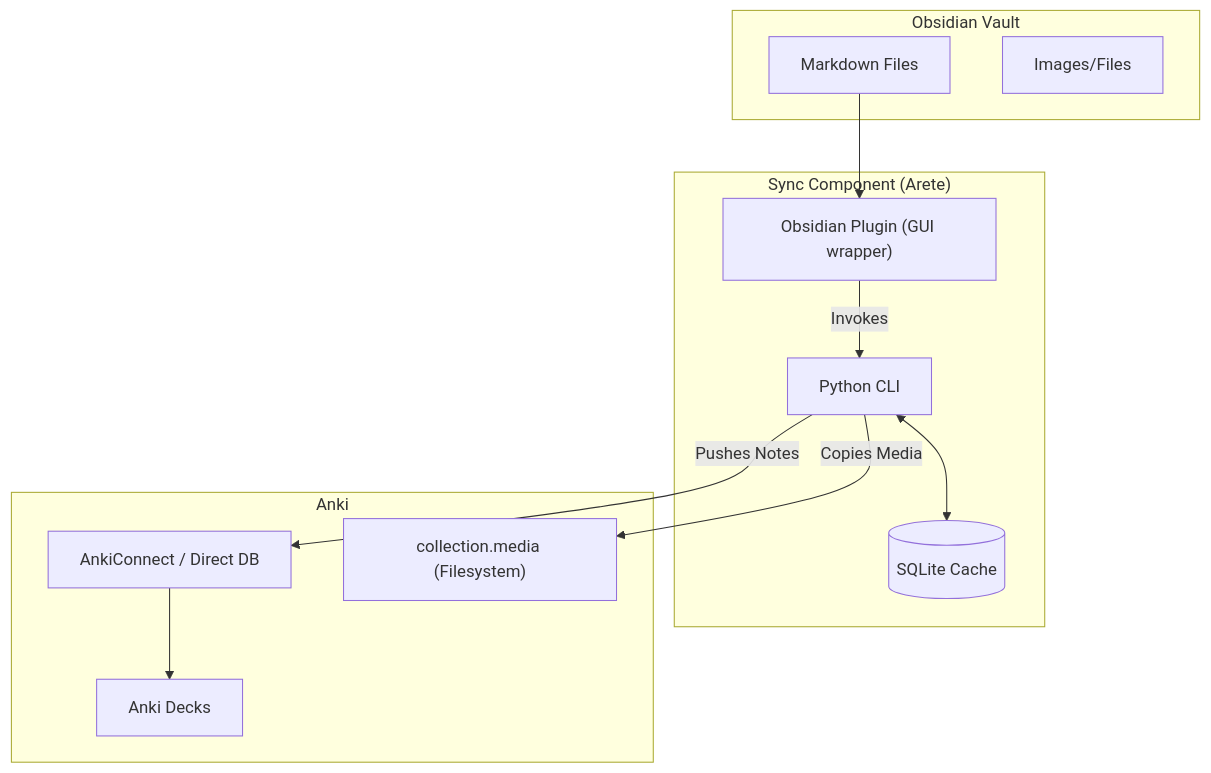
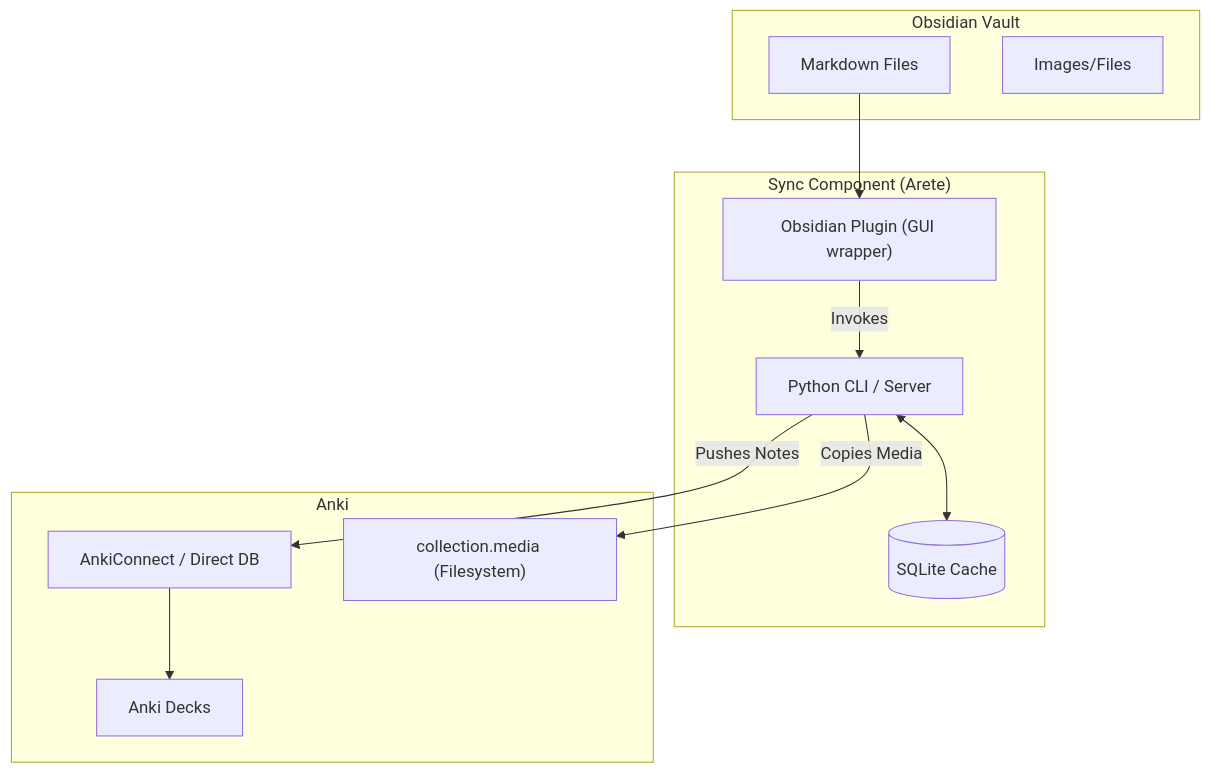
The diagram in README.md (Adanato/Arete), drawn with Mermaid before and after one commit. The commit also changed other lines of this file and 4 other files, not shown here.

````diff
--- a/README.md
+++ b/README.md
@@ -12,26 +11,26 @@
 ```mermaid
 graph TD
     subgraph "Obsidian Vault"
         MD["Markdown Files"]
         Media["Images/Files"]
     end
 
     subgraph "Sync Component (Arete)"
-        CLI["Python CLI"]
+        CLI["Python CLI / Server"]
         Plugin["Obsidian Plugin (GUI wrapper)"]
         Cache[("SQLite Cache")]
     end
 
     subgraph "Anki"
         AC["AnkiConnect / Direct DB"]
         CollectionMedia["collection.media (Filesystem)"]
         Cards["Anki Decks"]
     end
 
     MD --> Plugin
     Plugin -- "Invokes" --> CLI
     CLI <--> Cache
     CLI -- "Pushes Notes" --> AC
     CLI -- "Copies Media" --> CollectionMedia
     AC --> Cards
 ```
````
